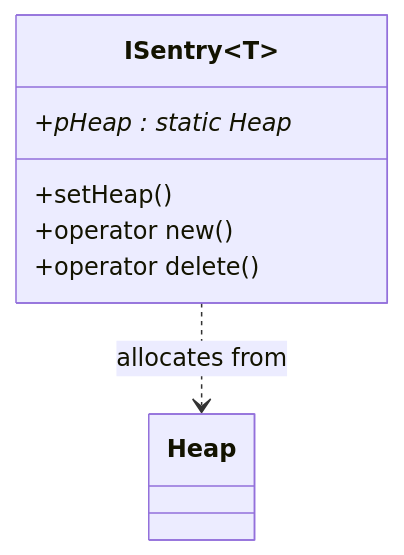
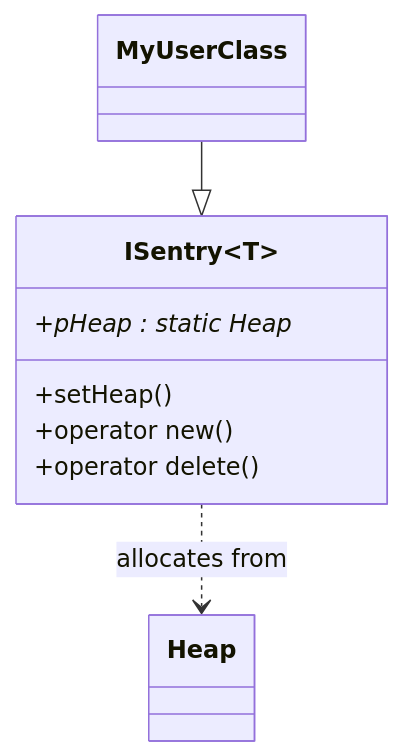
The diagram in docs/ISentry.md (TheAmgadX/MemSentry-), drawn with Mermaid before and after one commit. The commit also changed other lines of this file and 3 other files, not shown here.

Commit message:
update diagrams

````diff
--- a/docs/ISentry.md
+++ b/docs/ISentry.md
@@ -16,10 +19,13 @@
 ```mermaid
 classDiagram
     class ISentry~T~ {
         +setHeap()
         +operator new()
         +operator delete()
         +pHeap : static Heap*
     }
+    class MyUserClass {
+    }
+    MyUserClass --|> ISentry~T~
     ISentry~T~ ..> Heap : allocates from
 ```
````
